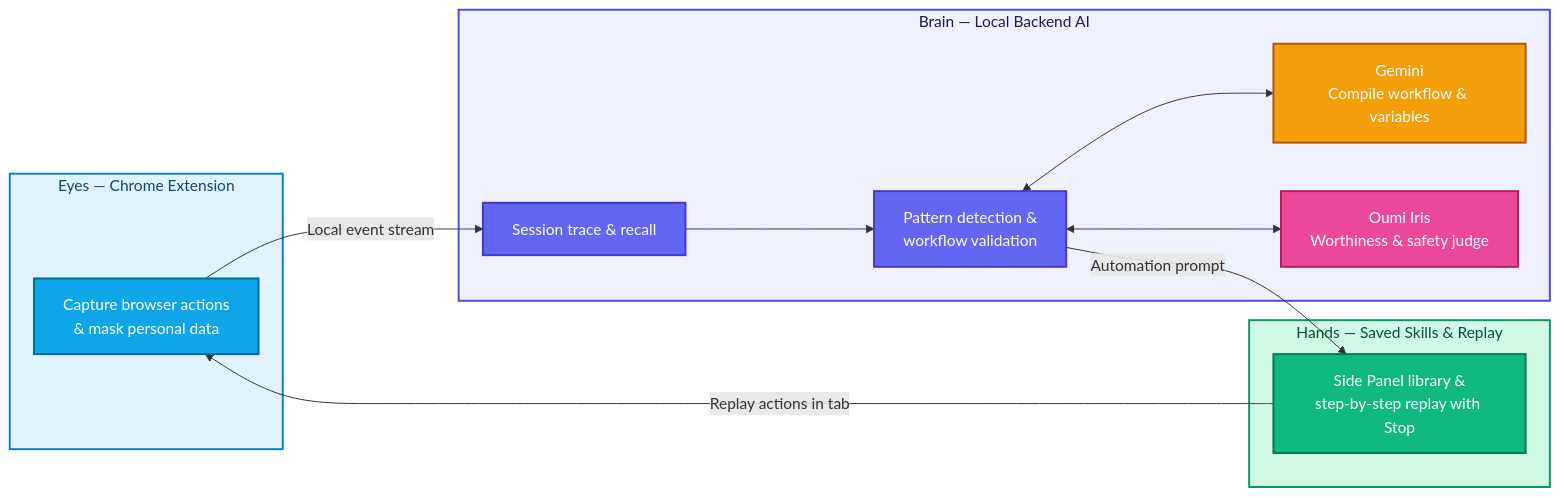
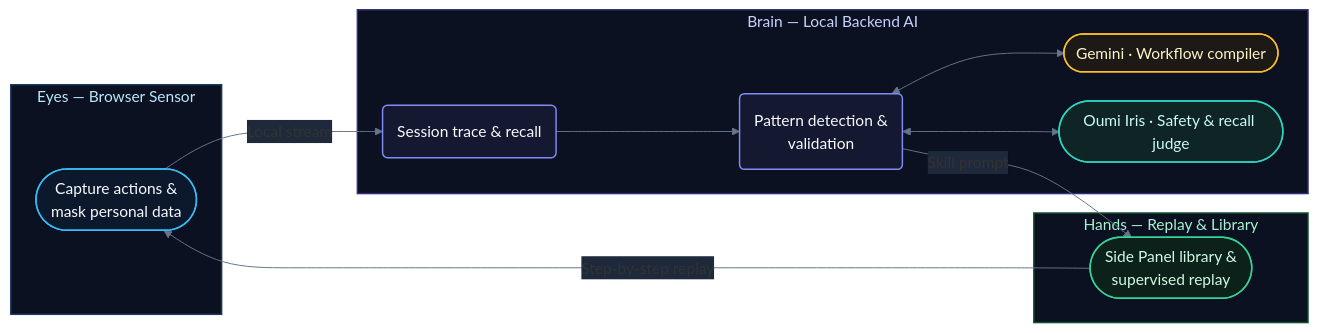
The diagram in README.md (VasileiosBardakis/GEN_AI_SUMMIT_2026), drawn with Mermaid before and after one commit. The commit also changed other lines of this file and 1 other file, not shown here.

````diff
--- a/README.md
+++ b/README.md
@@ -22,34 +22,35 @@
 ```mermaid
+%%{init: {'theme': 'base', 'themeVariables': {'fontFamily': 'ui-sans-serif, system-ui, sans-serif', 'lineColor': '#64748b', 'textColor': '#f1f5f9', 'edgeLabelBackground': '#1e293b'}, 'flowchart': {'curve': 'basis', 'nodeSpacing': 30, 'rankSpacing': 52}}}%%
 flowchart LR
-    classDef eyes fill:#0ea5e9,stroke:#0369a1,stroke-width:2px,color:#ffffff
-    classDef brain fill:#6366f1,stroke:#4338ca,stroke-width:2px,color:#ffffff
-    classDef gemini fill:#f59e0b,stroke:#b45309,stroke-width:2px,color:#ffffff
-    classDef iris fill:#ec4899,stroke:#be185d,stroke-width:2px,color:#ffffff
-    classDef hands fill:#10b981,stroke:#047857,stroke-width:2px,color:#ffffff
+    classDef eyes fill:#0c192c,stroke:#38bdf8,stroke-width:1.5px,color:#f8fafc
+    classDef brain fill:#141830,stroke:#818cf8,stroke-width:1.5px,color:#f8fafc
+    classDef gemini fill:#1c1917,stroke:#fbbf24,stroke-width:1.5px,color:#fef3c7
+    classDef iris fill:#0f2424,stroke:#2dd4bf,stroke-width:1.5px,color:#ccfbf1
+    classDef hands fill:#0d211b,stroke:#34d399,stroke-width:1.5px,color:#d1fae5
 
-    subgraph S1["Eyes — Chrome Extension"]
-        E["Capture browser actions<br/>& mask personal data"]:::eyes
+    subgraph S1["Eyes — Browser Sensor"]
+        E(["Capture actions &<br/>mask personal data"]):::eyes
     end
 
     subgraph S2["Brain — Local Backend AI"]
-        B1["Session trace & recall"]:::brain
-        B2["Pattern detection &<br/>workflow validation"]:::brain
-        M1["Gemini<br/>Compile workflow & variables"]:::gemini
-        M2["Oumi Iris<br/>Worthiness & safety judge"]:::iris
+        B1("Session trace & recall"):::brain
+        B2("Pattern detection &<br/>validation"):::brain
+        M1(["Gemini · Workflow compiler"]):::gemini
+        M2(["Oumi Iris · Safety & recall judge"]):::iris
         B1 --> B2
         B2 <--> M1
         B2 <--> M2
     end
 
-    subgraph S3["Hands — Saved Skills & Replay"]
-        H["Side Panel library &<br/>step-by-step replay with Stop"]:::hands
+    subgraph S3["Hands — Replay & Library"]
+        H(["Side Panel library &<br/>supervised replay"]):::hands
     end
 
-    E -->|Local event stream| B1
-    B2 -->|Automation prompt| H
-    H -->|Replay actions in tab| E
+    E -->|Local stream| B1
+    B2 -->|Skill prompt| H
+    H -->|Step-by-step replay| E
 
-    style S1 fill:#e0f2fe,stroke:#0284c7,stroke-width:2px,color:#0c4a6e
-    style S2 fill:#eef2ff,stroke:#4f46e5,stroke-width:2px,color:#1e1b4b
-    style S3 fill:#d1fae5,stroke:#059669,stroke-width:2px,color:#064e3b
+    style S1 fill:#0b1120,stroke:#1e3a5f,stroke-width:1.5px,color:#bae6fd
+    style S2 fill:#0b1120,stroke:#312e81,stroke-width:1.5px,color:#c7d2fe
+    style S3 fill:#0b1120,stroke:#14532d,stroke-width:1.5px,color:#a7f3d0
 ```
````
